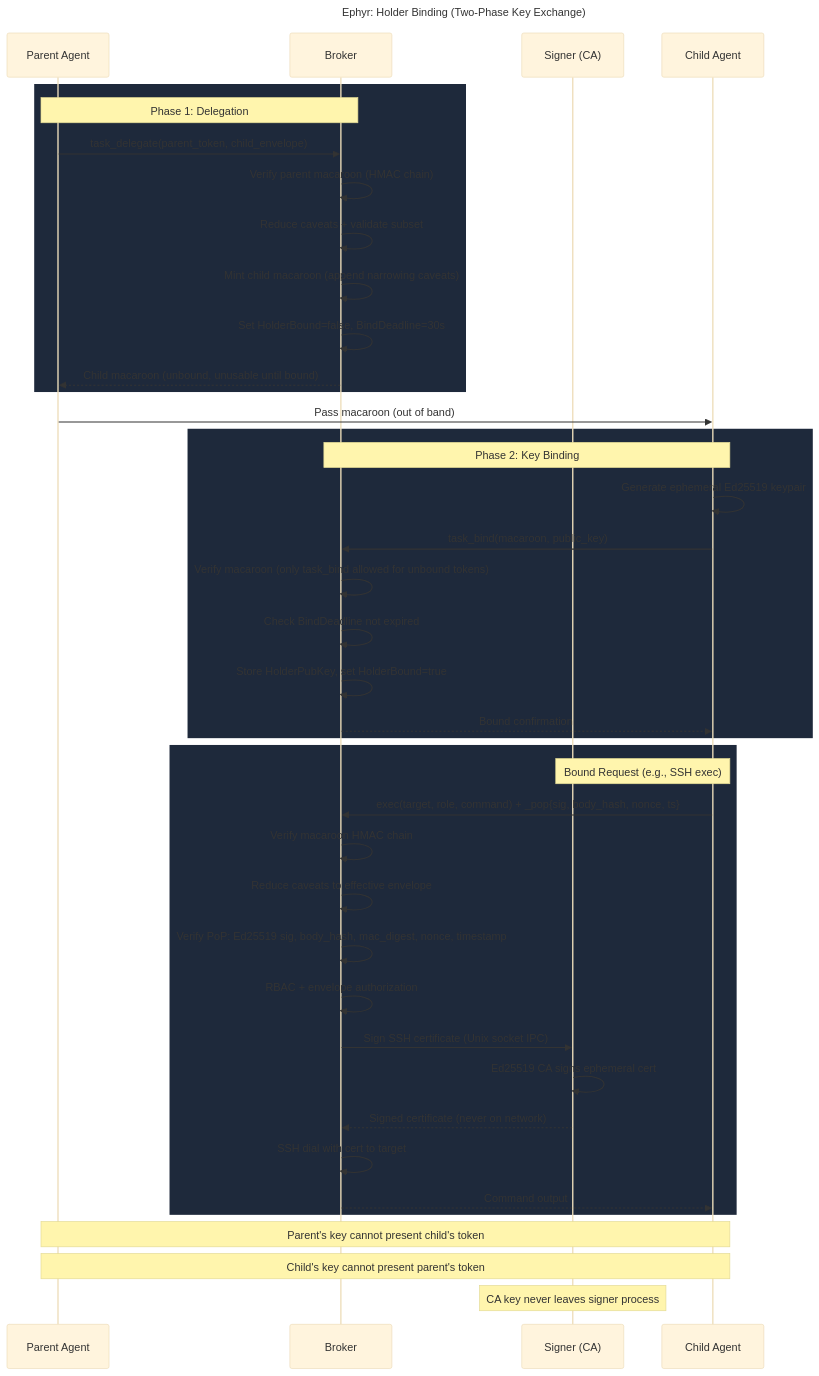
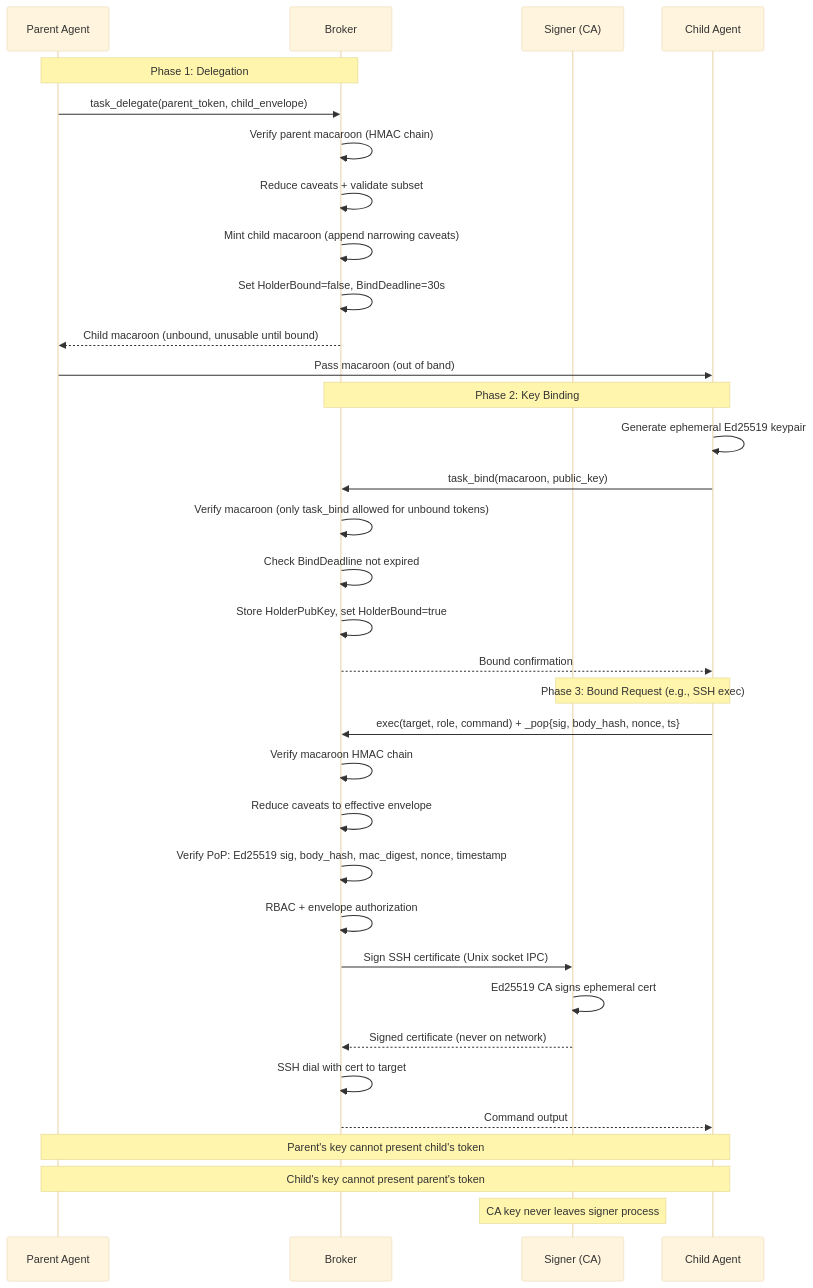
One commit to EphyrAI/Ephyr changed the third of 3 diagrams in docs/ARCHITECTURE-DIAGRAMS.md. Above: the diagram before and after it, drawn with Mermaid (base theme). The commit also changed other lines of this file, not shown here.

Commit message:
Clean up holder binding diagram: remove rect boxes, bold title

````diff
--- a/docs/ARCHITECTURE-DIAGRAMS.md
+++ b/docs/ARCHITECTURE-DIAGRAMS.md
@@ -253,49 +253,41 @@
 ```mermaid
 sequenceDiagram
-    title Ephyr: Holder Binding (Two-Phase Key Exchange)
-
     participant P as Parent Agent
     participant B as Broker
     participant S as Signer (CA)
     participant C as Child Agent
 
-    rect rgb(30, 41, 59)
     Note over P,B: Phase 1: Delegation
     P->>B: task_delegate(parent_token, child_envelope)
     B->>B: Verify parent macaroon (HMAC chain)
     B->>B: Reduce caveats + validate subset
     B->>B: Mint child macaroon (append narrowing caveats)
     B->>B: Set HolderBound=false, BindDeadline=30s
     B-->>P: Child macaroon (unbound, unusable until bound)
-    end
 
     P->>C: Pass macaroon (out of band)
 
-    rect rgb(30, 41, 59)
     Note over C,B: Phase 2: Key Binding
     C->>C: Generate ephemeral Ed25519 keypair
     C->>B: task_bind(macaroon, public_key)
     B->>B: Verify macaroon (only task_bind allowed for unbound tokens)
     B->>B: Check BindDeadline not expired
     B->>B: Store HolderPubKey, set HolderBound=true
     B-->>C: Bound confirmation
-    end
 
-    rect rgb(30, 41, 59)
-    Note over C,S: Bound Request (e.g., SSH exec)
+    Note over C,S: Phase 3: Bound Request (e.g., SSH exec)
     C->>B: exec(target, role, command) + _pop{sig, body_hash, nonce, ts}
     B->>B: Verify macaroon HMAC chain
     B->>B: Reduce caveats to effective envelope
     B->>B: Verify PoP: Ed25519 sig, body_hash, mac_digest, nonce, timestamp
     B->>B: RBAC + envelope authorization
     B->>S: Sign SSH certificate (Unix socket IPC)
     S->>S: Ed25519 CA signs ephemeral cert
     S-->>B: Signed certificate (never on network)
     B->>B: SSH dial with cert to target
     B-->>C: Command output
-    end
 
     Note over P,C: Parent's key cannot present child's token
     Note over P,C: Child's key cannot present parent's token
     Note over S,S: CA key never leaves signer process
 ```
````
